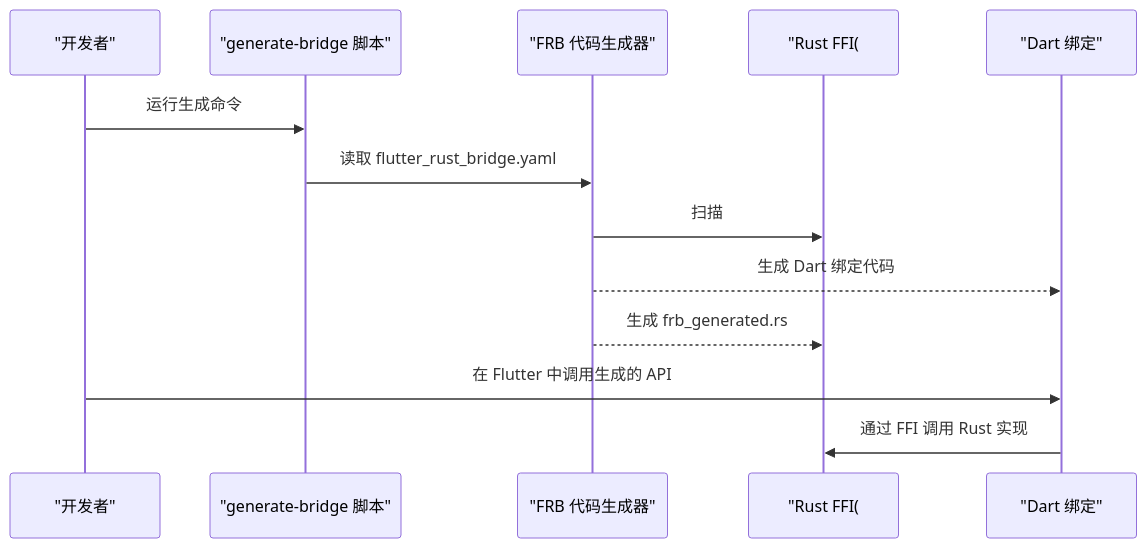
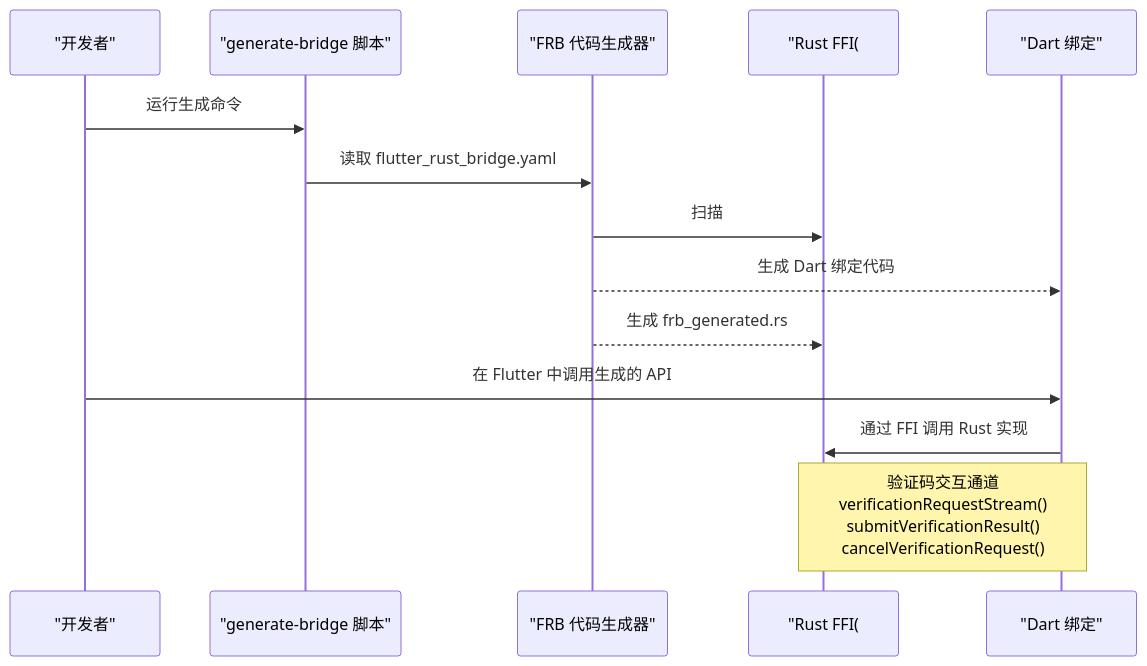
One commit to ZhangGHGitHub/LegadoTeamFlutter changed the second of 5 diagrams in .qoder/repowiki/zh/content/Flutter跨平台应用/FFI集成/Flutter Rust Bridge工具.md. Above: the diagram before and after it, drawn with Mermaid. The commit also changed other lines of this file and 173 other files, not shown here.

````diff
--- a/.qoder/repowiki/zh/content/Flutter跨平台应用/FFI集成/Flutter Rust Bridge工具.md
+++ b/.qoder/repowiki/zh/content/Flutter跨平台应用/FFI集成/Flutter Rust Bridge工具.md
@@ -106,15 +132,16 @@
 ```mermaid
 sequenceDiagram
 participant Dev as "开发者"
 participant Script as "generate-bridge 脚本"
 participant FRB as "FRB 代码生成器"
 participant RustFFI as "Rust FFI(#[frb])"
 participant DartBind as "Dart 绑定"
 Dev->>Script : 运行生成命令
 Script->>FRB : 读取 flutter_rust_bridge.yaml
 FRB->>RustFFI : 扫描 #[frb] 注解与类型
 FRB-->>DartBind : 生成 Dart 绑定代码
 FRB-->>RustFFI : 生成 frb_generated.rs
 Dev->>DartBind : 在 Flutter 中调用生成的 API
 DartBind->>RustFFI : 通过 FFI 调用 Rust 实现
+Note over DartBind,RustFFI : 验证码交互通道<br/>verificationRequestStream()<br/>submitVerificationResult()<br/>cancelVerificationRequest()
 ```
````
